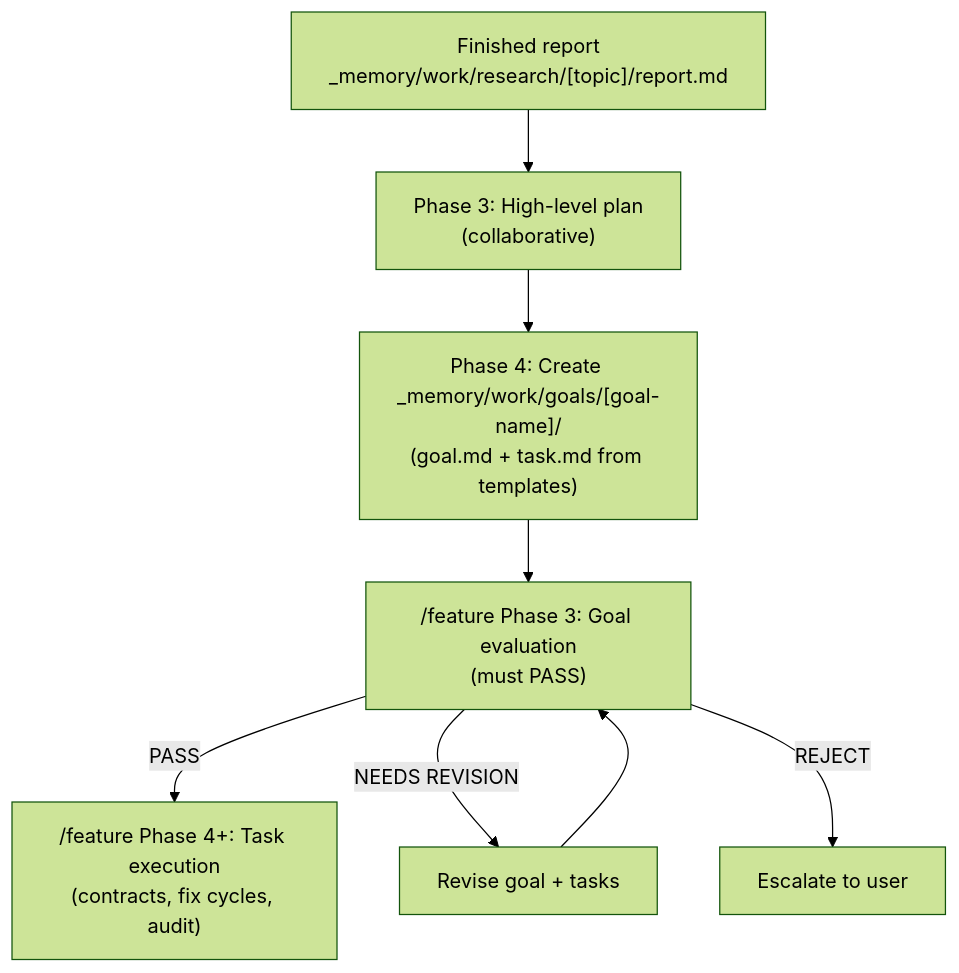
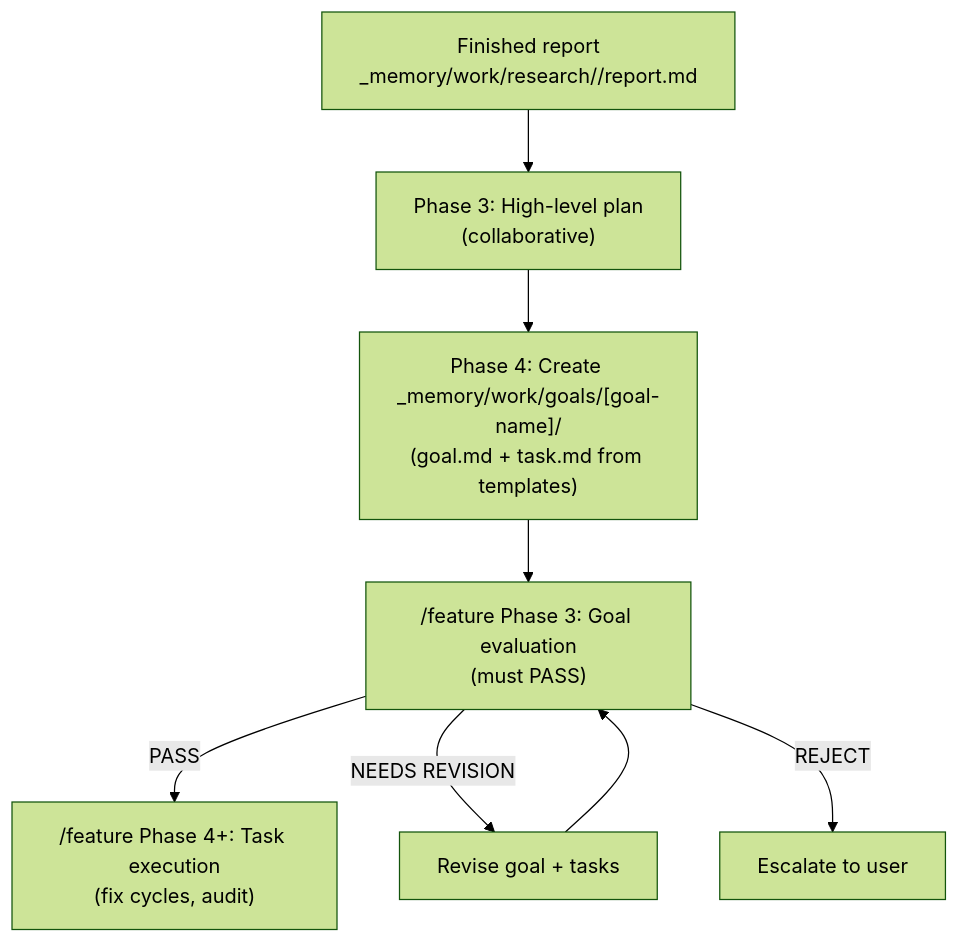
One commit to kdcllc/skills changed the fifth of 5 diagrams in docs/agent-kit/guide/research-workflow.md. Above: the diagram before and after it, drawn with Mermaid (forest theme). The commit also changed other lines of this file and 196 other files, not shown here.

First line of the commit message:
agent-kit: ship 1.0.0 docs — changelog consolidation, architecture guide, and research briefs in _memory/research/

````diff
--- a/docs/agent-kit/guide/research-workflow.md
+++ b/docs/agent-kit/guide/research-workflow.md
@@ -132,18 +246,18 @@
 ```mermaid
 flowchart TD
-    Report["Finished report\n_memory/work/research/[topic]/report.md"]
+    Report["Finished report\n_memory/work/research/<topic>/report.md"]
     Plan["Phase 3: High-level plan\n(collaborative)"]
     Tasks["Phase 4: Create _memory/work/goals/[goal-name]/\n(goal.md + task.md from templates)"]
     Eval["/feature Phase 3: Goal evaluation\n(must PASS)"]
     Revise["Revise goal + tasks"]
     Escalate["Escalate to user"]
-    Exec["/feature Phase 4+: Task execution\n(contracts, fix cycles, audit)"]
+    Exec["/feature Phase 4+: Task execution\n(fix cycles, audit)"]
 
     Report --> Plan
     Plan --> Tasks
     Tasks --> Eval
     Eval -->|"PASS"| Exec
     Eval -->|"NEEDS REVISION"| Revise
     Revise --> Eval
     Eval -->|"REJECT"| Escalate
 ```
````
